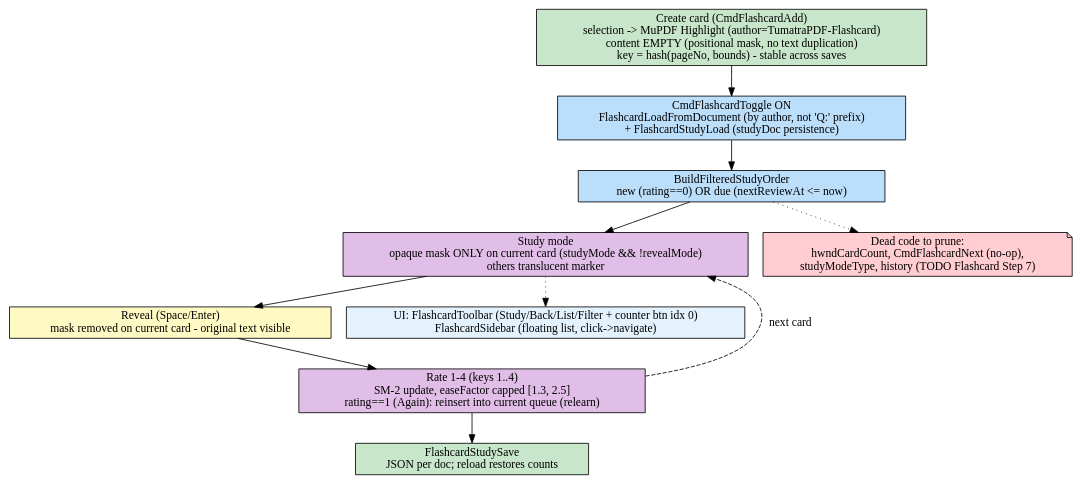
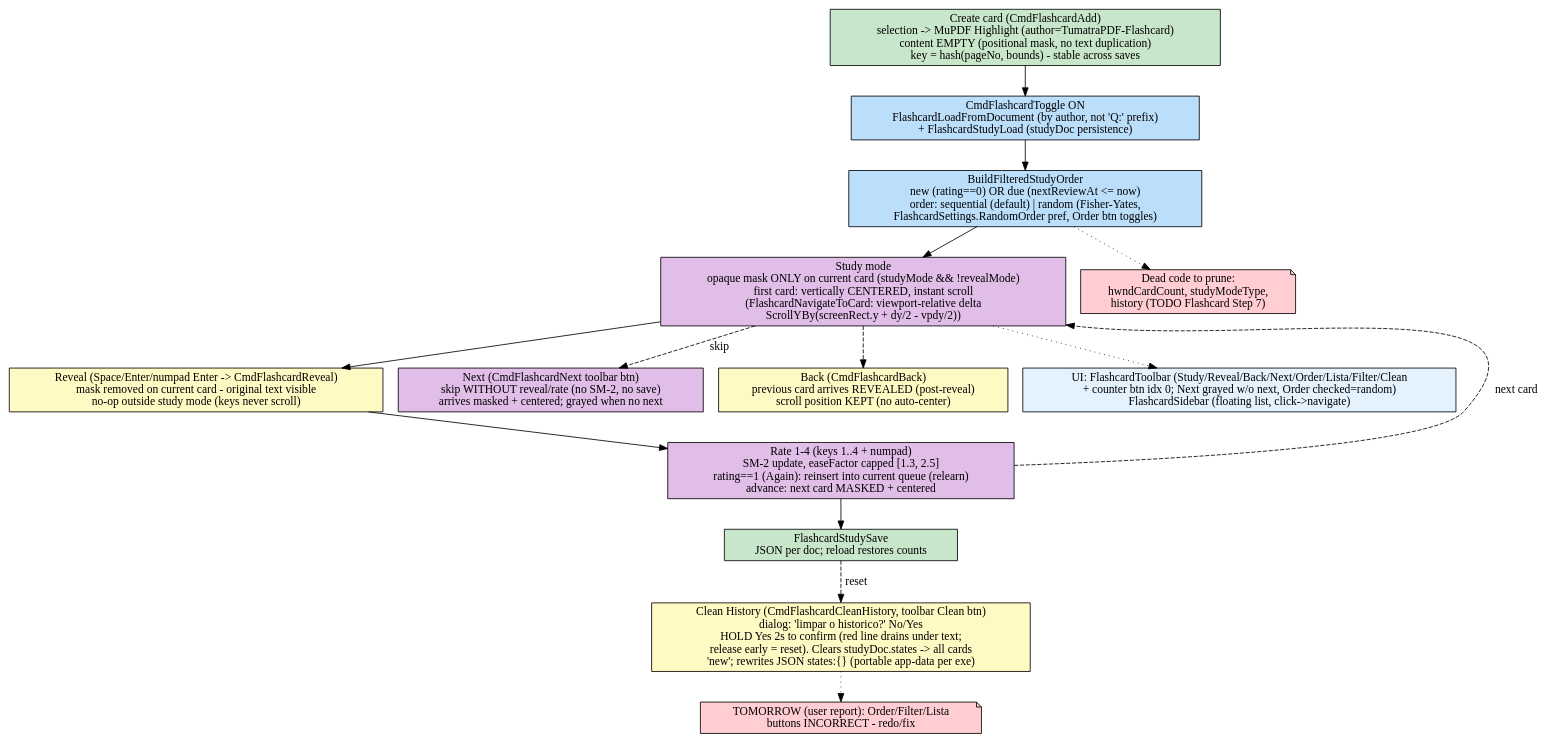
The diagram in FLOW/flashcard.dot (FelipeTesta/TumatraPDF), drawn with Graphviz before and after one commit. The commit also changed 14 other files, not shown here.

```diff
--- a/FLOW/flashcard.dot
+++ b/FLOW/flashcard.dot
@@ -1,21 +1,30 @@
 digraph Flashcard {
     rankdir=TB;
     node [shape=box, style=rounded];
 
     create [label="Create card (CmdFlashcardAdd)\nselection -> MuPDF Highlight (author=TumatraPDF-Flashcard)\ncontent EMPTY (positional mask, no text duplication)\nkey = hash(pageNo, bounds) - stable across saves", fillcolor="#c8e6c9", style=filled];
     load [label="CmdFlashcardToggle ON\nFlashcardLoadFromDocument (by author, not 'Q:' prefix)\n+ FlashcardStudyLoad (studyDoc persistence)", fillcolor="#bbdefb", style=filled];
-    filter [label="BuildFilteredStudyOrder\nnew (rating==0) OR due (nextReviewAt <= now)", fillcolor="#bbdefb", style=filled];
-    study [label="Study mode\nopaque mask ONLY on current card (studyMode && !revealMode)\nothers translucent marker", fillcolor="#e1bee7", style=filled];
-    reveal [label="Reveal (Space/Enter)\nmask removed on current card - original text visible", fillcolor="#fff9c4", style=filled];
-    rate [label="Rate 1-4 (keys 1..4)\nSM-2 update, easeFactor capped [1.3, 2.5]\nrating==1 (Again): reinsert into current queue (relearn)", fillcolor="#e1bee7", style=filled];
+    filter [label="BuildFilteredStudyOrder\nnew (rating==0) OR due (nextReviewAt <= now)\norder: sequential (default) | random (Fisher-Yates,\nFlashcardSettings.RandomOrder pref, Order btn toggles)", fillcolor="#bbdefb", style=filled];
+    study [label="Study mode\nopaque mask ONLY on current card (studyMode && !revealMode)\nfirst card: vertically CENTERED, instant scroll\n(FlashcardNavigateToCard: viewport-relative delta\nScrollYBy(screenRect.y + dy/2 - vpdy/2))", fillcolor="#e1bee7", style=filled];
+    reveal [label="Reveal (Space/Enter/numpad Enter -> CmdFlashcardReveal)\nmask removed on current card - original text visible\nno-op outside study mode (keys never scroll)", fillcolor="#fff9c4", style=filled];
+    rate [label="Rate 1-4 (keys 1..4 + numpad)\nSM-2 update, easeFactor capped [1.3, 2.5]\nrating==1 (Again): reinsert into current queue (relearn)\nadvance: next card MASKED + centered", fillcolor="#e1bee7", style=filled];
+    next [label="Next (CmdFlashcardNext toolbar btn)\nskip WITHOUT reveal/rate (no SM-2, no save)\narrives masked + centered; grayed when no next", fillcolor="#e1bee7", style=filled];
+    back [label="Back (CmdFlashcardBack)\nprevious card arrives REVEALED (post-reveal)\nscroll position KEPT (no auto-center)", fillcolor="#fff9c4", style=filled];
     persist [label="FlashcardStudySave\nJSON per doc; reload restores counts", fillcolor="#c8e6c9", style=filled];
 
     create -> load -> filter -> study -> reveal -> rate -> persist;
     rate -> study [style=dashed, label="next card"];
+    study -> next [style=dashed, label="skip"];
+    study -> back [style=dashed];
 
-    dead [label="Dead code to prune:\nhwndCardCount, CmdFlashcardNext (no-op),\nstudyModeType, history (TODO Flashcard Step 7)", shape=note, fillcolor="#ffcdd2", style=filled];
+    clean [label="Clean History (CmdFlashcardCleanHistory, toolbar Clean btn)\ndialog: 'limpar o historico?' No/Yes\nHOLD Yes 2s to confirm (red line drains under text;\nrelease early = reset). Clears studyDoc.states -> all cards\n'new'; rewrites JSON states:{} (portable app-data per exe)", fillcolor="#fff9c4", style=filled];
+    persist -> clean [style=dashed, label="reset"];
+    pending [label="TOMORROW (user report): Order/Filter/Lista\nbuttons INCORRECT - redo/fix", shape=note, fillcolor="#ffcdd2", style=filled];
+    clean -> pending [style=dotted];
+
+    dead [label="Dead code to prune:\nhwndCardCount, studyModeType,\nhistory (TODO Flashcard Step 7)", shape=note, fillcolor="#ffcdd2", style=filled];
     filter -> dead [style=dotted];
 
-    ui [label="UI: FlashcardToolbar (Study/Back/List/Filter + counter btn idx 0)\nFlashcardSidebar (floating list, click->navigate)", shape=box, fillcolor="#e3f2fd", style=filled];
+    ui [label="UI: FlashcardToolbar (Study/Reveal/Back/Next/Order/Lista/Filter/Clean\n+ counter btn idx 0; Next grayed w/o next, Order checked=random)\nFlashcardSidebar (floating list, click->navigate)", shape=box, fillcolor="#e3f2fd", style=filled];
     study -> ui [style=dotted];
 }
```
